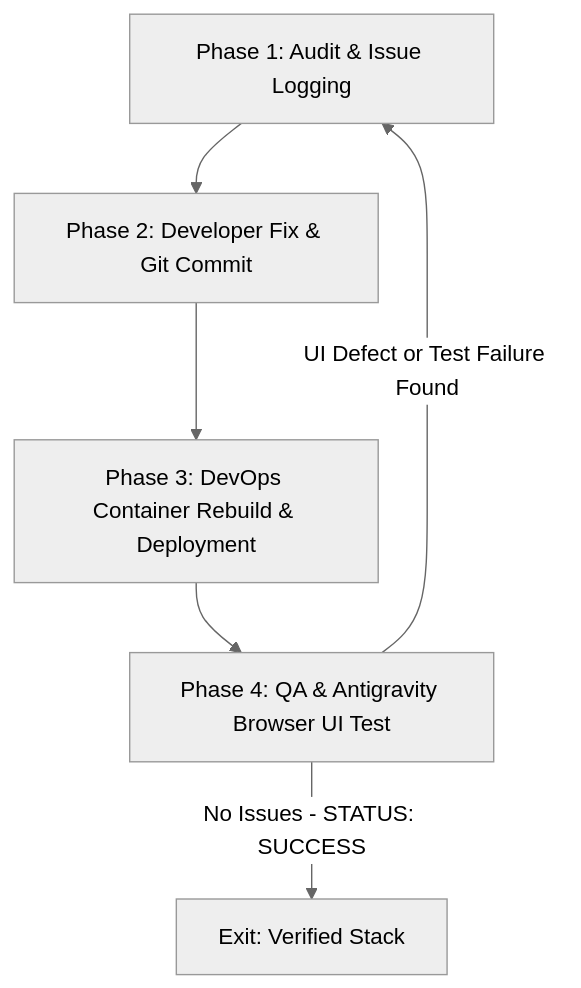
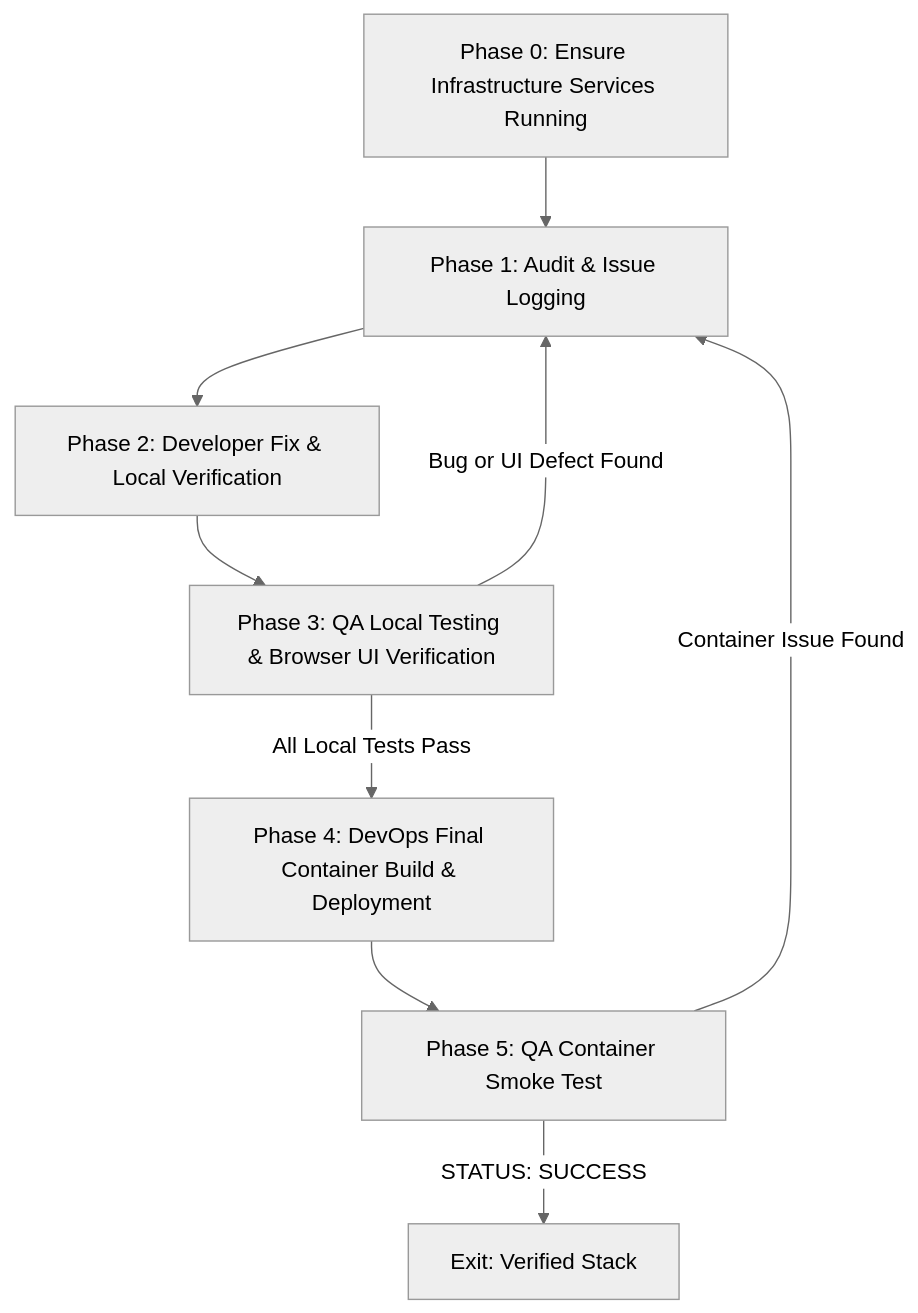
Before and after one commit to RidhinSamuel/KnowledgeOS: the diagram in .agents/skills/self_healing_loop/SKILL.md, drawn with Mermaid (neutral theme). The commit also changed other lines of this file and 15 other files, not shown here.

Commit message:
feat: implement core RAG architecture with embedding/chunking workers and frontend UI scaffolding

````diff
--- a/.agents/skills/self_healing_loop/SKILL.md
+++ b/.agents/skills/self_healing_loop/SKILL.md
@@ -13,8 +22,11 @@
 ```mermaid
 graph TD
-    P1[Phase 1: Audit & Issue Logging] --> P2[Phase 2: Developer Fix & Git Commit]
-    P2 --> P3[Phase 3: DevOps Container Rebuild & Deployment]
-    P3 --> P4[Phase 4: QA & Antigravity Browser UI Test]
-    P4 -->|UI Defect or Test Failure Found| P1
-    P4 -->|No Issues - STATUS: SUCCESS| Exit[Exit: Verified Stack]
+    P0[Phase 0: Ensure Infrastructure Services Running] --> P1
+    P1[Phase 1: Audit & Issue Logging] --> P2[Phase 2: Developer Fix & Local Verification]
+    P2 --> P3[Phase 3: QA Local Testing & Browser UI Verification]
+    P3 -->|Bug or UI Defect Found| P1
+    P3 -->|All Local Tests Pass| P4[Phase 4: DevOps Final Container Build & Deployment]
+    P4 --> P5[Phase 5: QA Container Smoke Test]
+    P5 -->|Container Issue Found| P1
+    P5 -->|STATUS: SUCCESS| Exit[Exit: Verified Stack]
 ```
````
